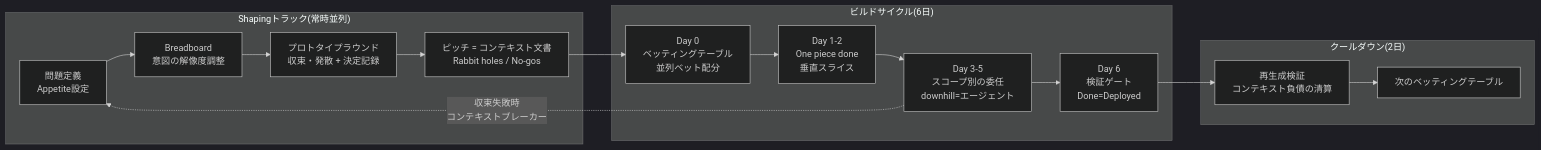
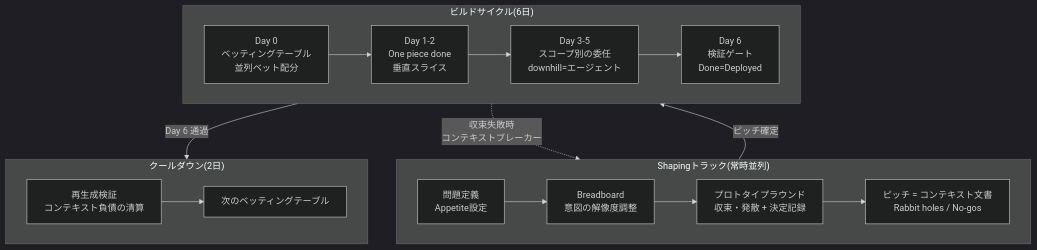
One commit to roboco-io/vibe-driven-development-lifecycle changed the diagram in docs/ja/cycle.md. Above: the diagram before and after it, drawn with Mermaid (dark theme). The commit also changed 3 other files, not shown here.

First line of the commit message:
fix: 사이클 다이어그램 세로 배치로 가독성 개선

````diff
--- a/docs/ja/cycle.md
+++ b/docs/ja/cycle.md
@@ -23,15 +23,18 @@
 ```mermaid
-flowchart LR
+flowchart TB
     subgraph SHAPING["Shapingトラック(常時並列)"]
+        direction LR
         S1["問題定義<br/>Appetite設定"] --> S2["Breadboard<br/>意図の解像度調整"] --> SP["プロトタイプラウンド<br/>収束・発散 + 決定記録"] --> S3["ピッチ = コンテキスト文書<br/>Rabbit holes / No-gos"]
     end
     subgraph CYCLE["ビルドサイクル(6日)"]
+        direction LR
         B0["Day 0<br/>ベッティングテーブル<br/>並列ベット配分"] --> B1["Day 1-2<br/>One piece done<br/>垂直スライス"] --> B2["Day 3-5<br/>スコープ別の委任<br/>downhill=エージェント"] --> B3["Day 6<br/>検証ゲート<br/>Done=Deployed"]
     end
     subgraph COOL["クールダウン(2日)"]
+        direction LR
         C1["再生成検証<br/>コンテキスト負債の清算"] --> C2["次のベッティングテーブル"]
     end
-    S3 --> B0
-    B3 --> C1
-    B2 -. "収束失敗時<br/>コンテキストブレーカー" .-> S1
+    SHAPING -->|"ピッチ確定"| CYCLE
+    CYCLE -->|"Day 6 通過"| COOL
+    CYCLE -. "収束失敗時<br/>コンテキストブレーカー" .-> SHAPING
 ```
````
